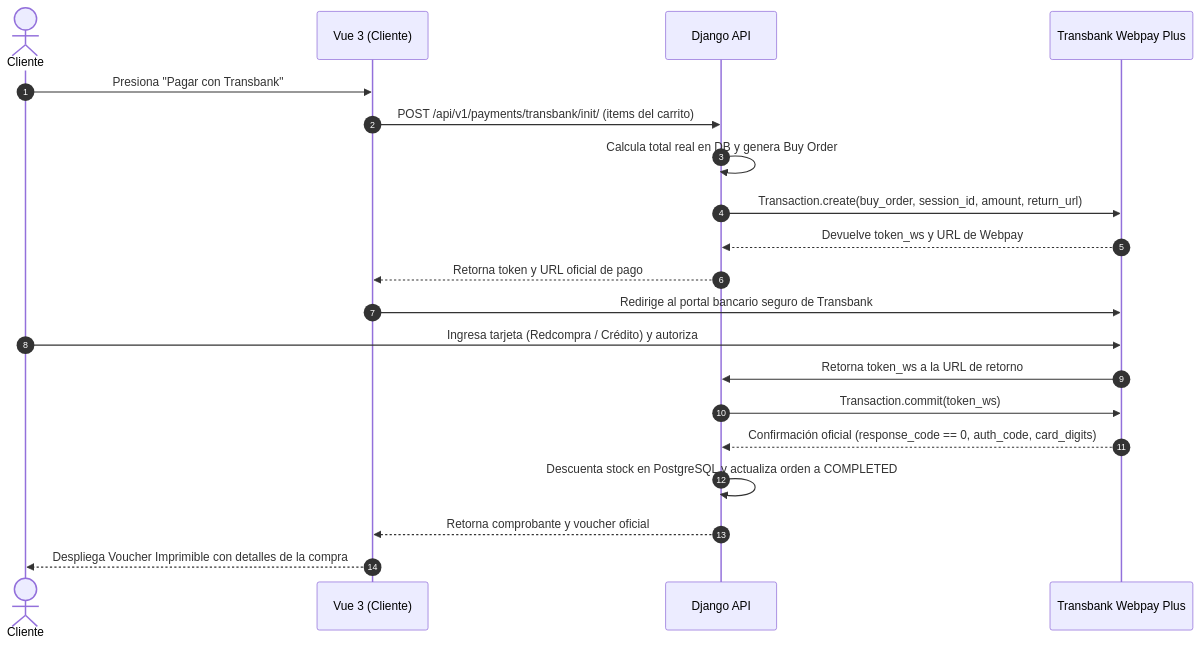
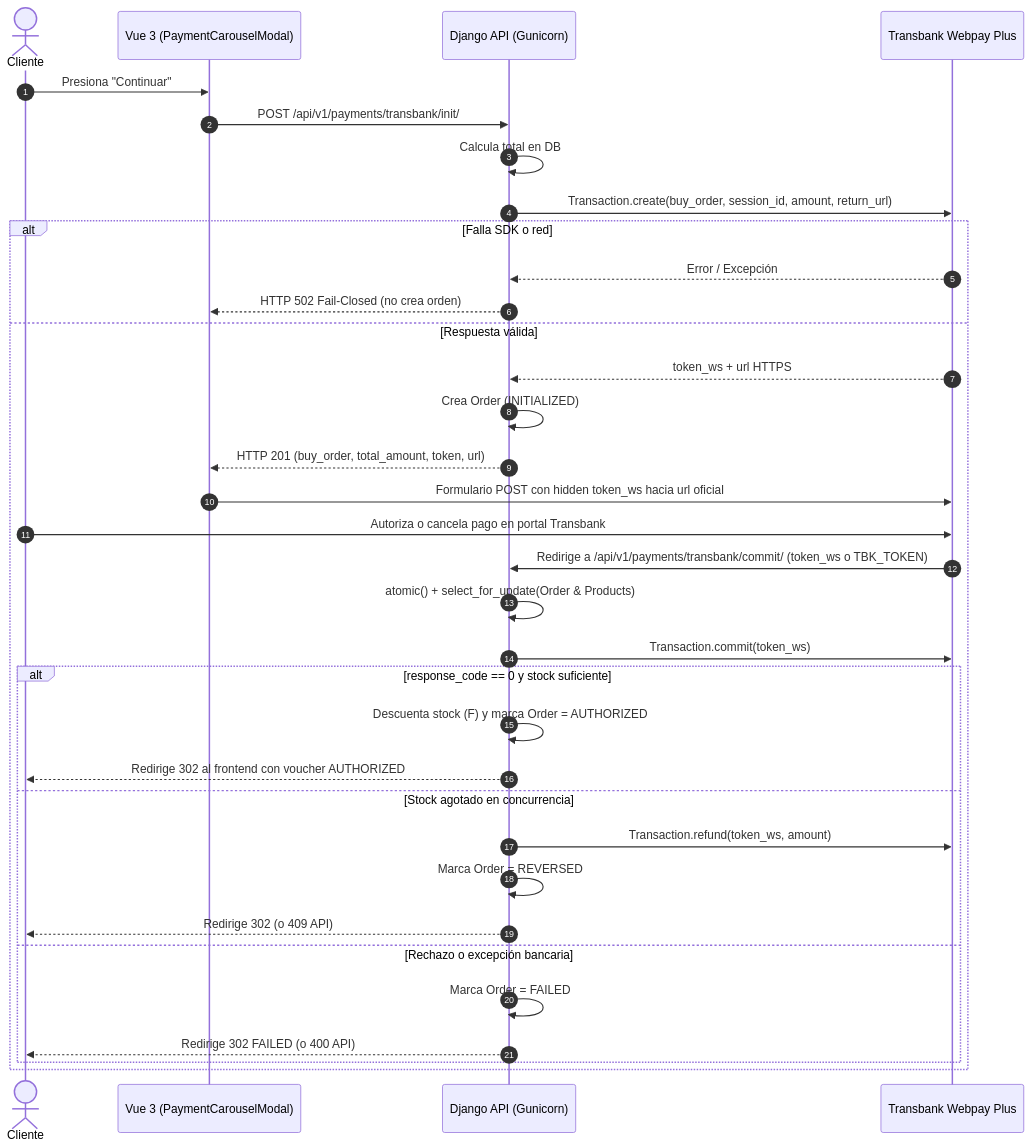
The third of 3 diagrams in DOCUMENTACION_SISTEMA.md (RobertxDessinacap/Tienda_Vecina_INACAP), drawn with Mermaid before and after one commit. The commit also changed other lines of this file and 59 other files, not shown here.

````diff
--- a/DOCUMENTACION_SISTEMA.md
+++ b/DOCUMENTACION_SISTEMA.md
@@ -436,23 +391,37 @@
 ```mermaid
 sequenceDiagram
     autonumber
     actor Cliente
-    participant Frontend as Vue 3 (Cliente)
-    participant Backend as Django API
+    participant Frontend as Vue 3 (PaymentCarouselModal)
+    participant Backend as Django API (Gunicorn)
     participant TBK as Transbank Webpay Plus
 
-    Cliente->>Frontend: Presiona "Pagar con Transbank"
-    Frontend->>Backend: POST /api/v1/payments/transbank/init/ (items del carrito)
-    Backend->>Backend: Calcula total real en DB y genera Buy Order
+    Cliente->>Frontend: Presiona "Continuar"
+    Frontend->>Backend: POST /api/v1/payments/transbank/init/
+    Backend->>Backend: Calcula total en DB
     Backend->>TBK: Transaction.create(buy_order, session_id, amount, return_url)
-    TBK-->>Backend: Devuelve token_ws y URL de Webpay
-    Backend-->>Frontend: Retorna token y URL oficial de pago
-    Frontend->>TBK: Redirige al portal bancario seguro de Transbank
-    Cliente->>TBK: Ingresa tarjeta (Redcompra / Crédito) y autoriza
-    TBK->>Backend: Retorna token_ws a la URL de retorno
-    Backend->>TBK: Transaction.commit(token_ws)
-    TBK-->>Backend: Confirmación oficial (response_code == 0, auth_code, card_digits)
-    Backend->>Backend: Descuenta stock en PostgreSQL y actualiza orden a COMPLETED
-    Backend-->>Frontend: Retorna comprobante y voucher oficial
-    Frontend-->>Cliente: Despliega Voucher Imprimible con detalles de la compra
+    alt Falla SDK o red
+        TBK-->>Backend: Error / Excepción
+        Backend-->>Frontend: HTTP 502 Fail-Closed (no crea orden)
+    else Respuesta válida
+        TBK-->>Backend: token_ws + url HTTPS
+        Backend->>Backend: Crea Order (INITIALIZED)
+        Backend-->>Frontend: HTTP 201 (buy_order, total_amount, token, url)
+        Frontend->>TBK: Formulario POST con hidden token_ws hacia url oficial
+        Cliente->>TBK: Autoriza o cancela pago en portal Transbank
+        TBK->>Backend: Redirige a /api/v1/payments/transbank/commit/ (token_ws o TBK_TOKEN)
+        Backend->>Backend: atomic() + select_for_update(Order & Products)
+        Backend->>TBK: Transaction.commit(token_ws)
+        alt response_code == 0 y stock suficiente
+            Backend->>Backend: Descuenta stock (F) y marca Order = AUTHORIZED
+            Backend-->>Cliente: Redirige 302 al frontend con voucher AUTHORIZED
+        else Stock agotado en concurrencia
+            Backend->>TBK: Transaction.refund(token_ws, amount)
+            Backend->>Backend: Marca Order = REVERSED
+            Backend-->>Cliente: Redirige 302 (o 409 API)
+        else Rechazo o excepción bancaria
+            Backend->>Backend: Marca Order = FAILED
+            Backend-->>Cliente: Redirige 302 FAILED (o 400 API)
+        end
+    end
 ```
````
